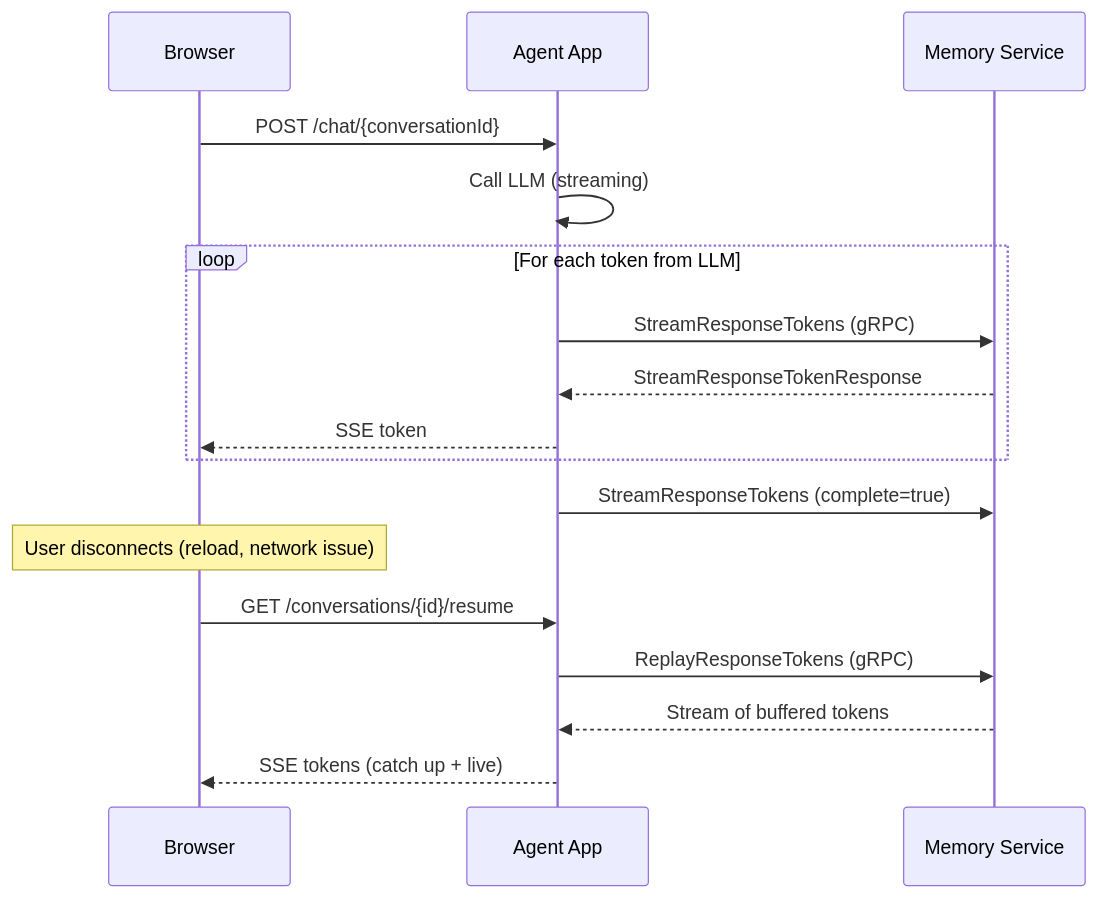
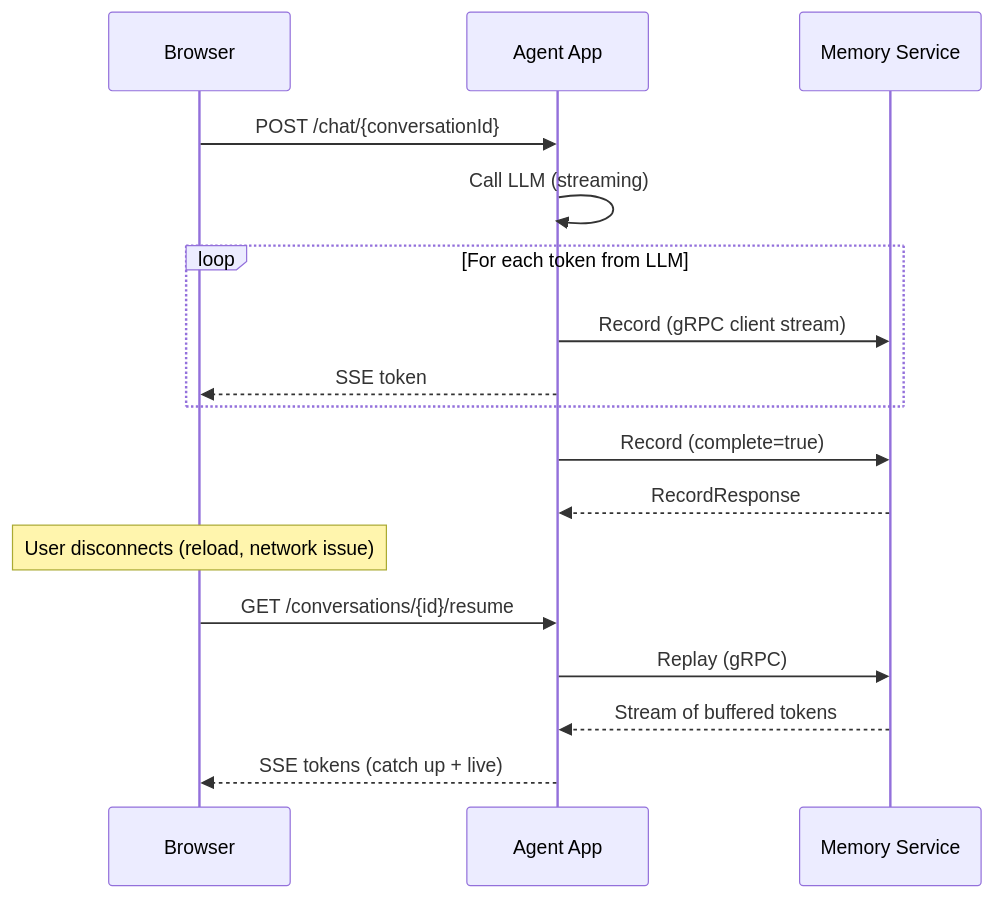
The first of 2 diagrams in site/src/pages/docs/concepts/response-resumption.md (chirino/memory-service), drawn with Mermaid before and after one commit. The commit also changed other lines of this file and 15 other files, not shown here.

````diff
--- a/site/src/pages/docs/concepts/response-resumption.md
+++ b/site/src/pages/docs/concepts/response-resumption.md
@@ -13,23 +13,23 @@
 ```mermaid
 sequenceDiagram
     participant Browser
     participant Agent as Agent App
     participant MS as Memory Service
 
     Browser->>Agent: POST /chat/{conversationId}
     Agent->>Agent: Call LLM (streaming)
 
     loop For each token from LLM
-        Agent->>MS: StreamResponseTokens (gRPC)
-        MS-->>Agent: StreamResponseTokenResponse
+        Agent->>MS: Record (gRPC client stream)
         Agent-->>Browser: SSE token
     end
-    Agent->>MS: StreamResponseTokens (complete=true)
+    Agent->>MS: Record (complete=true)
+    MS-->>Agent: RecordResponse
 
     Note over Browser: User disconnects (reload, network issue)
 
     Browser->>Agent: GET /conversations/{id}/resume
-    Agent->>MS: ReplayResponseTokens (gRPC)
+    Agent->>MS: Replay (gRPC)
     MS-->>Agent: Stream of buffered tokens
     Agent-->>Browser: SSE tokens (catch up + live)
 ```
````
